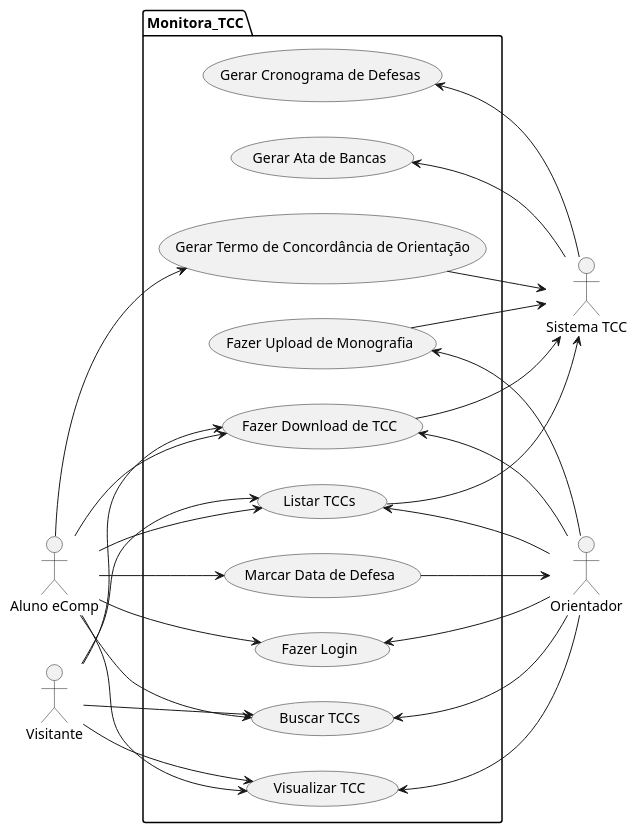
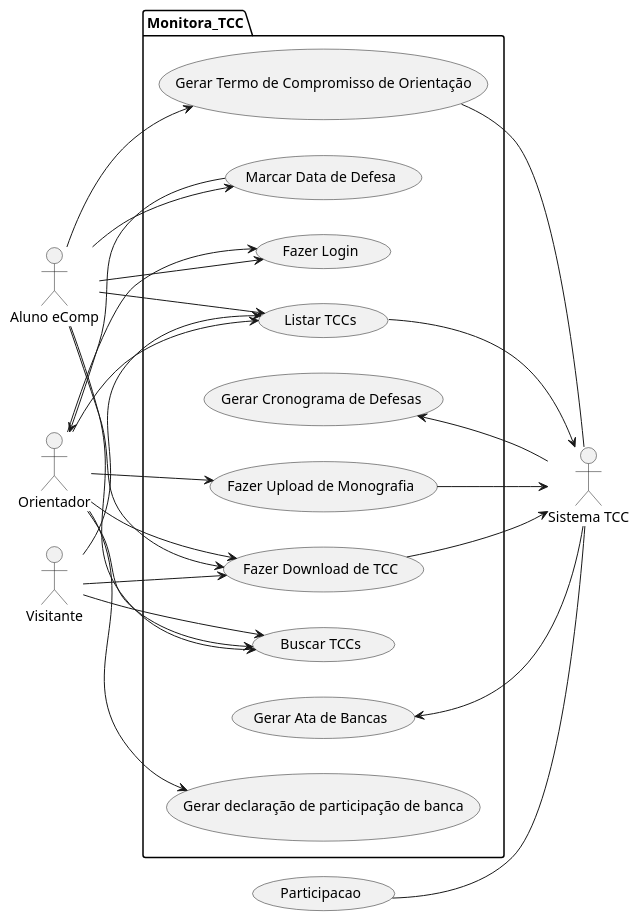
Before and after one commit to LMM-Eng-Software/Monitora-TCC: the diagram in analysis/casos.plantuml, drawn with PlantUML. The commit also changed 1 other file, not shown here.

```diff
--- a/analysis/casos.plantuml
+++ b/analysis/casos.plantuml
@@ -1,58 +1,56 @@
 @startuml casosdeuso
 left to right direction
 
 "Aluno eComp" as Aluno
 "Visitante" as Visit
 
 "Sistema TCC" as Sist
 "Orientador" as Prof
 
 
 package Monitora_TCC {
-"Visualizar TCC" as (Visualizar)
+"Gerar declaração de participação de banca" as (participacao)
 "Listar TCCs" as (Listar)
 "Buscar TCCs" as (Buscar)
 "Fazer Download de TCC" as (Download)
 "Fazer Login" as (Login)
 "Marcar Data de Defesa" as (Data)
 "Fazer Upload de Monografia" as (Upload)
 "Gerar Ata de Bancas" as (Atas)
 "Gerar Cronograma de Defesas" as (Crono)
-"Gerar Termo de Concordância de Orientação" as (Termo)
+"Gerar Termo de Compromisso de Orientação" as (Compromisso)
 }
 
-:Prof: -up-> (Buscar)
-:Prof: -up-> (Visualizar)
-:Prof: -up-> (Download)
+:Prof: --> (Buscar)
+:Prof: --> (participacao)
+:Prof: --> (Download)
+:Prof: --> (Listar)
+:Prof: --> (Upload)
+:Prof: --> (Login)
 
-:Prof: -up-> (Listar)
+:Aluno: --> (Listar)
+:Aluno: --> (Download)
+:Aluno: --> (Buscar)
+:Aluno: --> (Login)
+:Aluno: --> (Data)
+:Aluno: --> (Compromisso)
 
-:Prof: -up-> (Upload)
+(Participacao) -- :Sist:
 (Upload) --> :Sist:
 
-:Visit: --> (Visualizar)
-:Aluno: --> (Visualizar)
-
 :Visit: --> (Listar)
-:Aluno: --> (Listar)
 (Listar) --> :Sist:
 
 :Visit: --> (Download)
-:Aluno: --> (Download)
 (Download) --> :Sist:
 
 :Visit: --> (Buscar)
-:Aluno: --> (Buscar)
 
-:Aluno: --> (Login)
-:Prof: -up-> (Login)
 
-:Aluno: --> (Data)
 (Data) --> :Prof:
 
-:Aluno: --> (Termo)
-(Termo) --> :Sist:
+(Compromisso) -- :Sist:
 
 :Sist: -up-> (Atas)
 :Sist: -up-> (Crono)
 @enduml
```
